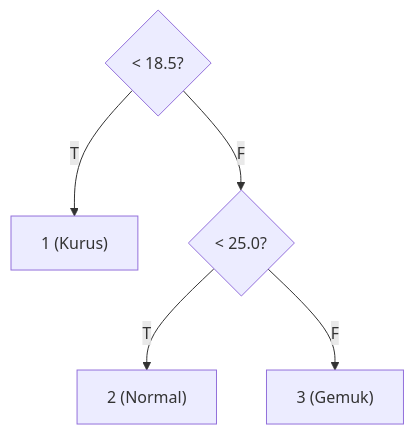
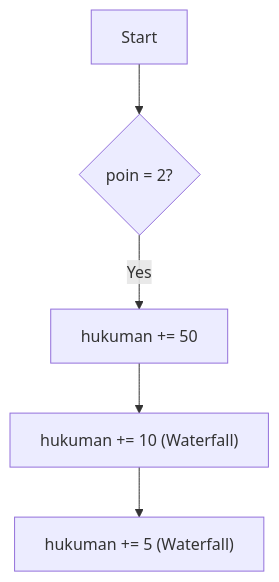
The second of 2 diagrams in part-c-pemahaman-cpp/02-percabangan/latihan/set-01.md (amnahwaida/OSNK_INF_PREP), drawn with Mermaid before and after one commit. The commit also changed other lines of this file, not shown here.

Commit message:
Overhaul Percabangan Set 01 to Elite/God-Tier with complex short-circuit and waterfall traps

````diff
--- a/part-c-pemahaman-cpp/02-percabangan/latihan/set-01.md
+++ b/part-c-pemahaman-cpp/02-percabangan/latihan/set-01.md
@@ -375,7 +69,7 @@
-```mermaid
-graph TD
-A{"< 18.5?"} -- T --> B["1 (Kurus)"]
-A -- F --> C{"< 25.0?"}
-C -- T --> D["2 (Normal)"]
-C -- F --> E["3 (Gemuk)"]
-```
+ ```mermaid
+ graph TD
+ Start --> A{"poin = 2?"}
+ A -- Yes --> B["hukuman += 50"]
+ B --> C["hukuman += 10 (Waterfall)"]
+ C --> D["hukuman += 5 (Waterfall)"]
+ ```
````
